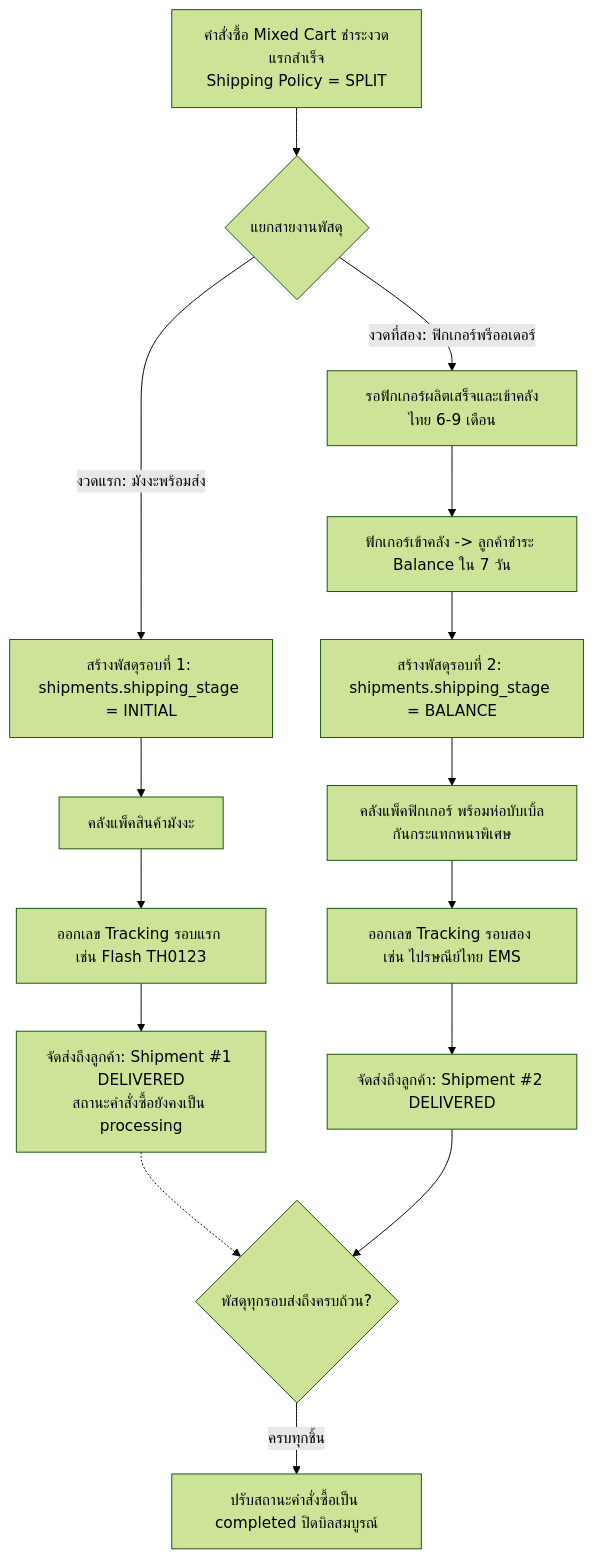
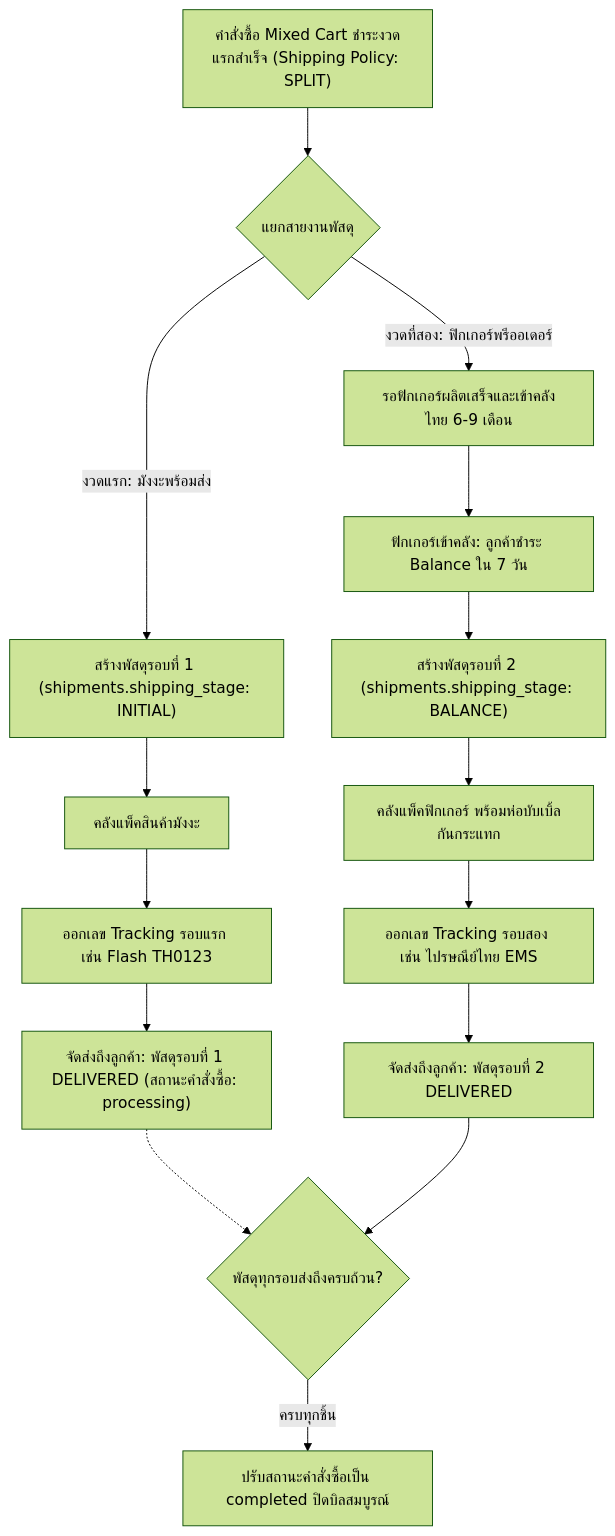
Before and after one commit to siradechsri-ux/manga-collectibles-store: diagram 12 of 13 in SYSTEM_ANALYSIS.md, drawn with Mermaid (forest theme). The commit also changed other lines of this file and 7 other files, not shown here.

````diff
--- a/SYSTEM_ANALYSIS.md
+++ b/SYSTEM_ANALYSIS.md
@@ -1003,20 +1001,20 @@
 ```mermaid
 flowchart TD
-    OrderCreated[คำสั่งซื้อ Mixed Cart ชำระงวดแรกสำเร็จ<br/>Shipping Policy = SPLIT] --> SplitInit{แยกสายงานพัสดุ}
-    
-    SplitInit -->|งวดแรก: มังงะพร้อมส่ง| Ship1[สร้างพัสดุรอบที่ 1: shipments.shipping_stage = INITIAL]
-    Ship1 --> Pack1[คลังแพ็คสินค้ามังงะ]
-    Pack1 --> Track1[ออกเลข Tracking รอบแรก เช่น Flash TH0123]
-    Track1 --> Delivered1[จัดส่งถึงลูกค้า: Shipment #1 DELIVERED<br/>สถานะคำสั่งซื้อยังคงเป็น processing]
-    
-    SplitInit -->|งวดที่สอง: ฟิกเกอร์พรีออเดอร์| WaitArrive[รอฟิกเกอร์ผลิตเสร็จและเข้าคลังไทย 6-9 เดือน]
-    WaitArrive --> Arrived[ฟิกเกอร์เข้าคลัง -> ลูกค้าชำระ Balance ใน 7 วัน]
-    Arrived --> Ship2[สร้างพัสดุรอบที่ 2: shipments.shipping_stage = BALANCE]
-    Ship2 --> Pack2[คลังแพ็คฟิกเกอร์ พร้อมห่อบับเบิ้ลกันกระแทกหนาพิเศษ]
-    Pack2 --> Track2[ออกเลข Tracking รอบสอง เช่น ไปรษณีย์ไทย EMS]
-    Track2 --> Delivered2[จัดส่งถึงลูกค้า: Shipment #2 DELIVERED]
-    
-    Delivered1 -.-> CheckAll{พัสดุทุกรอบส่งถึงครบถ้วน?}
+    OrderCreated["คำสั่งซื้อ Mixed Cart ชำระงวดแรกสำเร็จ (Shipping Policy: SPLIT)"] --> SplitInit{"แยกสายงานพัสดุ"}
+
+    SplitInit -->|"งวดแรก: มังงะพร้อมส่ง"| Ship1["สร้างพัสดุรอบที่ 1 (shipments.shipping_stage: INITIAL)"]
+    Ship1 --> Pack1["คลังแพ็คสินค้ามังงะ"]
+    Pack1 --> Track1["ออกเลข Tracking รอบแรก เช่น Flash TH0123"]
+    Track1 --> Delivered1["จัดส่งถึงลูกค้า: พัสดุรอบที่ 1 DELIVERED (สถานะคำสั่งซื้อ: processing)"]
+
+    SplitInit -->|"งวดที่สอง: ฟิกเกอร์พรีออเดอร์"| WaitArrive["รอฟิกเกอร์ผลิตเสร็จและเข้าคลังไทย 6-9 เดือน"]
+    WaitArrive --> Arrived["ฟิกเกอร์เข้าคลัง: ลูกค้าชำระ Balance ใน 7 วัน"]
+    Arrived --> Ship2["สร้างพัสดุรอบที่ 2 (shipments.shipping_stage: BALANCE)"]
+    Ship2 --> Pack2["คลังแพ็คฟิกเกอร์ พร้อมห่อบับเบิ้ลกันกระแทก"]
+    Pack2 --> Track2["ออกเลข Tracking รอบสอง เช่น ไปรษณีย์ไทย EMS"]
+    Track2 --> Delivered2["จัดส่งถึงลูกค้า: พัสดุรอบที่ 2 DELIVERED"]
+
+    Delivered1 -.-> CheckAll{"พัสดุทุกรอบส่งถึงครบถ้วน?"}
     Delivered2 --> CheckAll
-    CheckAll -->|ครบทุกชิ้น| OrderComplete[ปรับสถานะคำสั่งซื้อเป็น completed ปิดบิลสมบูรณ์]
+    CheckAll -->|"ครบทุกชิ้น"| OrderComplete["ปรับสถานะคำสั่งซื้อเป็น completed ปิดบิลสมบูรณ์"]
 ```
````
